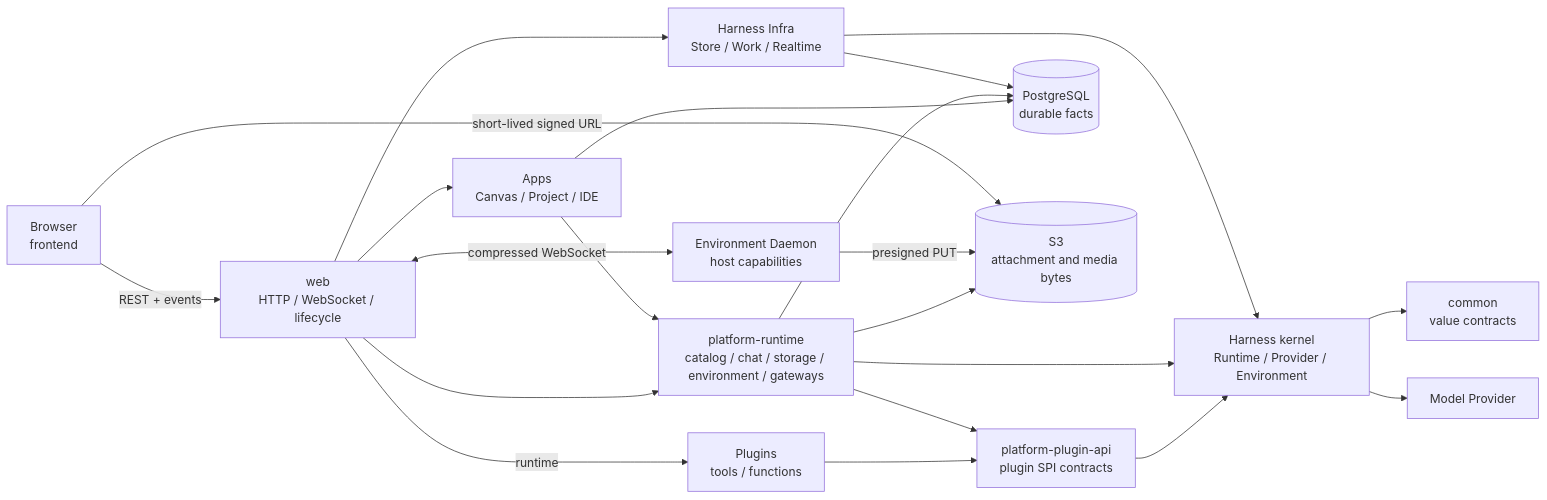
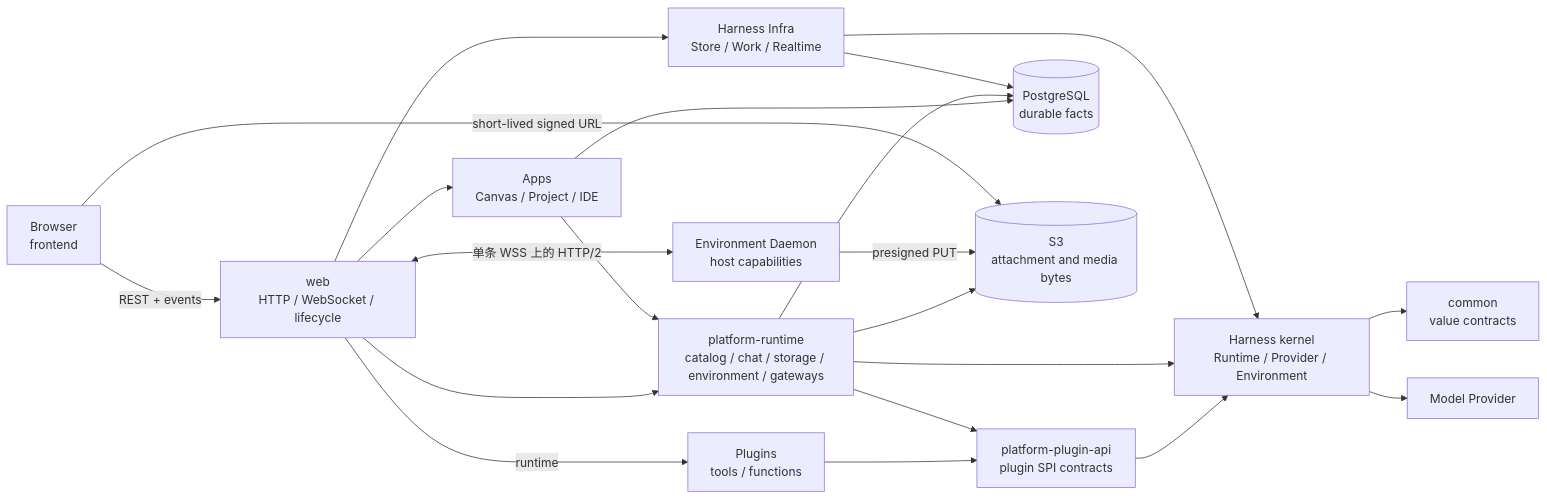
One commit to fengwk/kk-studio changed the diagram in docs/system-design.md. Above: the diagram before and after it, drawn with Mermaid. The commit also changed other lines of this file and 9 other files, not shown here.

````diff
--- a/docs/system-design.md
+++ b/docs/system-design.md
@@ -24,37 +24,37 @@
 ```mermaid
 flowchart LR
     Browser["Browser<br/>frontend"]
     Web["web<br/>HTTP / WebSocket / lifecycle"]
     Apps["Apps<br/>Canvas / Project / IDE"]
     Plugins["Plugins<br/>tools / functions"]
     PlatformApi["platform-plugin-api<br/>plugin SPI contracts"]
     PlatformRuntime["platform-runtime<br/>catalog / chat / storage / environment / gateways"]
     Infra["Harness Infra<br/>Store / Work / Realtime"]
     Harness["Harness kernel<br/>Runtime / Provider / Environment"]
     Common["common<br/>value contracts"]
     PG[("PostgreSQL<br/>durable facts")]
     S3[("S3<br/>attachment and media bytes")]
     Provider["Model Provider"]
     Daemon["Environment Daemon<br/>host capabilities"]
 
     Browser -->|REST + events| Web
     Web --> Apps
     Web --> PlatformRuntime
     Web --> Infra
     Web -->|runtime| Plugins
     Apps --> PlatformRuntime
     Plugins --> PlatformApi
     PlatformRuntime --> PlatformApi
     PlatformApi --> Harness
     PlatformRuntime --> Harness
     Infra --> Harness
     Harness --> Common
     Apps --> PG
     PlatformRuntime --> PG
     PlatformRuntime --> S3
     Infra --> PG
     Harness --> Provider
-    Web <-->|compressed WebSocket| Daemon
+    Web <-->|单条 WSS 上的 HTTP/2| Daemon
     Daemon -->|presigned PUT| S3
     Browser -->|short-lived signed URL| S3
 ```
````
